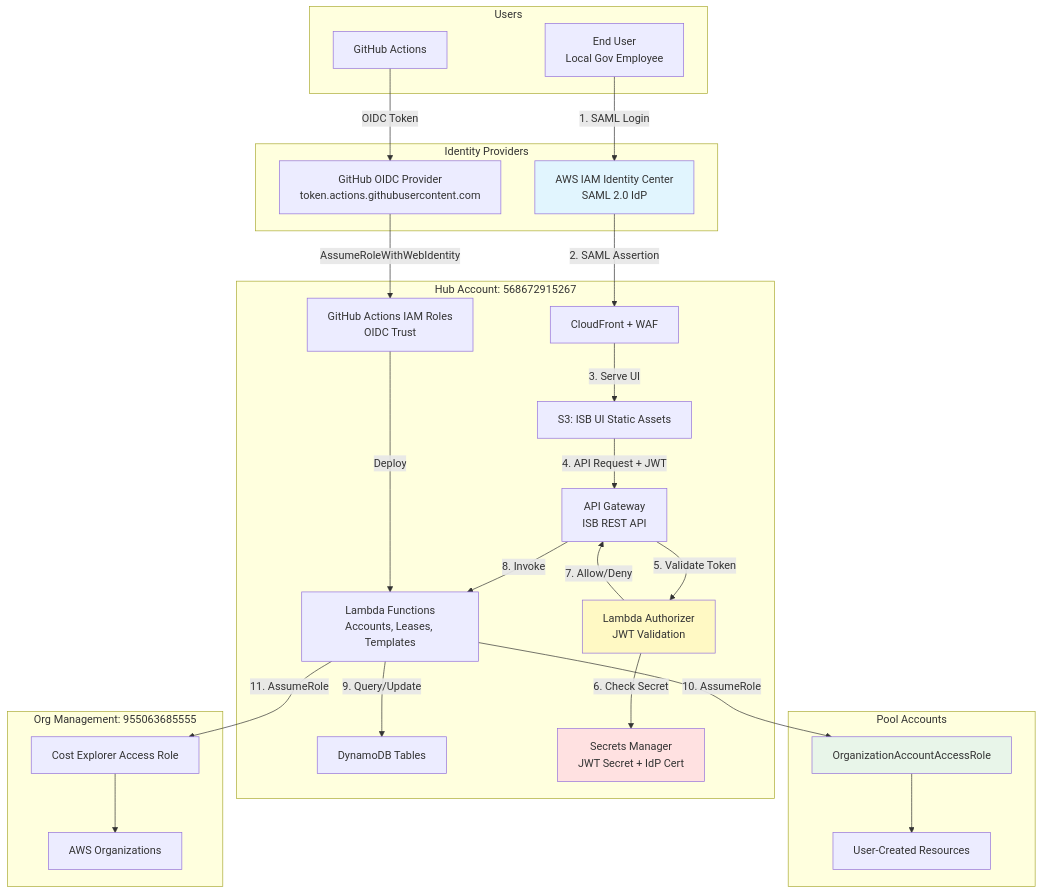
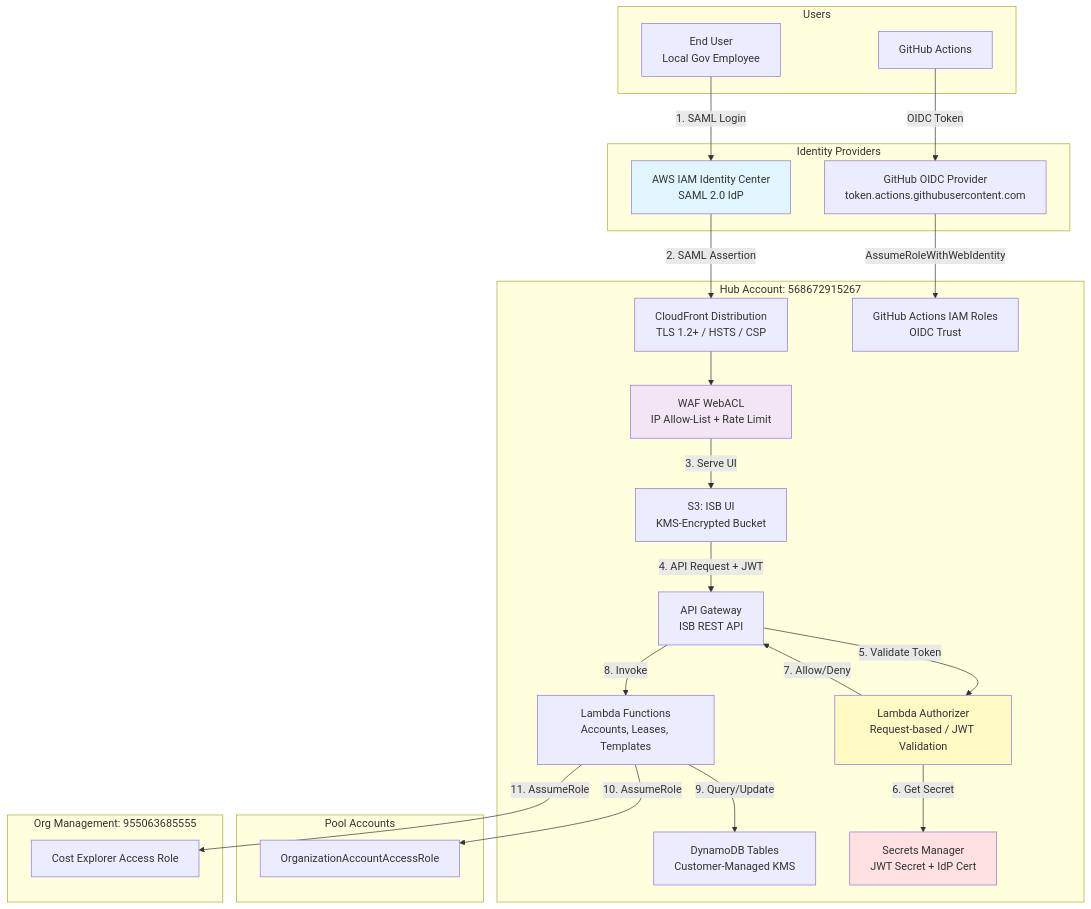
One commit to co-cddo/ndx-try-arch changed the first of 4 diagrams in docs/60-auth-architecture.md. Above: the diagram before and after it, drawn with Mermaid. The commit also changed other lines of this file and 41 other files, not shown here.

First line of the commit message:
docs: update NDX architecture documentation (#9)

````diff
--- a/docs/60-auth-architecture.md
+++ b/docs/60-auth-architecture.md
@@ -24,56 +14,53 @@
 ```mermaid
 flowchart TB
     subgraph "Users"
         user[End User<br/>Local Gov Employee]
         github_user[GitHub Actions]
     end
 
     subgraph "Identity Providers"
         idc[AWS IAM Identity Center<br/>SAML 2.0 IdP]
         github_oidc[GitHub OIDC Provider<br/>token.actions.githubusercontent.com]
     end
 
     subgraph "Hub Account: 568672915267"
-        cloudfront[CloudFront + WAF]
-        s3_ui[S3: ISB UI Static Assets]
+        cloudfront[CloudFront Distribution<br/>TLS 1.2+ / HSTS / CSP]
+        waf[WAF WebACL<br/>IP Allow-List + Rate Limit]
+        s3_ui[S3: ISB UI<br/>KMS-Encrypted Bucket]
         apigw[API Gateway<br/>ISB REST API]
-        authorizer[Lambda Authorizer<br/>JWT Validation]
+        authorizer[Lambda Authorizer<br/>Request-based / JWT Validation]
         lambda_funcs[Lambda Functions<br/>Accounts, Leases, Templates]
-        dynamodb[DynamoDB Tables]
+        dynamodb[DynamoDB Tables<br/>Customer-Managed KMS]
         secrets[Secrets Manager<br/>JWT Secret + IdP Cert]
         gh_roles[GitHub Actions IAM Roles<br/>OIDC Trust]
     end
 
     subgraph "Pool Accounts"
         pool_role[OrganizationAccountAccessRole]
-        resources[User-Created Resources]
     end
 
     subgraph "Org Management: 955063685555"
         org_role[Cost Explorer Access Role]
-        organizations[AWS Organizations]
     end
 
     user -->|1. SAML Login| idc
     idc -->|2. SAML Assertion| cloudfront
-    cloudfront -->|3. Serve UI| s3_ui
+    cloudfront --> waf
+    waf -->|3. Serve UI| s3_ui
     s3_ui -->|4. API Request + JWT| apigw
     apigw -->|5. Validate Token| authorizer
-    authorizer -->|6. Check Secret| secrets
+    authorizer -->|6. Get Secret| secrets
     authorizer -->|7. Allow/Deny| apigw
     apigw -->|8. Invoke| lambda_funcs
     lambda_funcs -->|9. Query/Update| dynamodb
     lambda_funcs -->|10. AssumeRole| pool_role
     lambda_funcs -->|11. AssumeRole| org_role
-    pool_role --> resources
-    org_role --> organizations
 
     github_user -->|OIDC Token| github_oidc
     github_oidc -->|AssumeRoleWithWebIdentity| gh_roles
-    gh_roles -->|Deploy| lambda_funcs
 
     style idc fill:#e1f5fe
     style authorizer fill:#fff9c4
     style secrets fill:#ffe1e1
-    style pool_role fill:#e8f5e9
+    style waf fill:#f3e5f5
 ```
````
